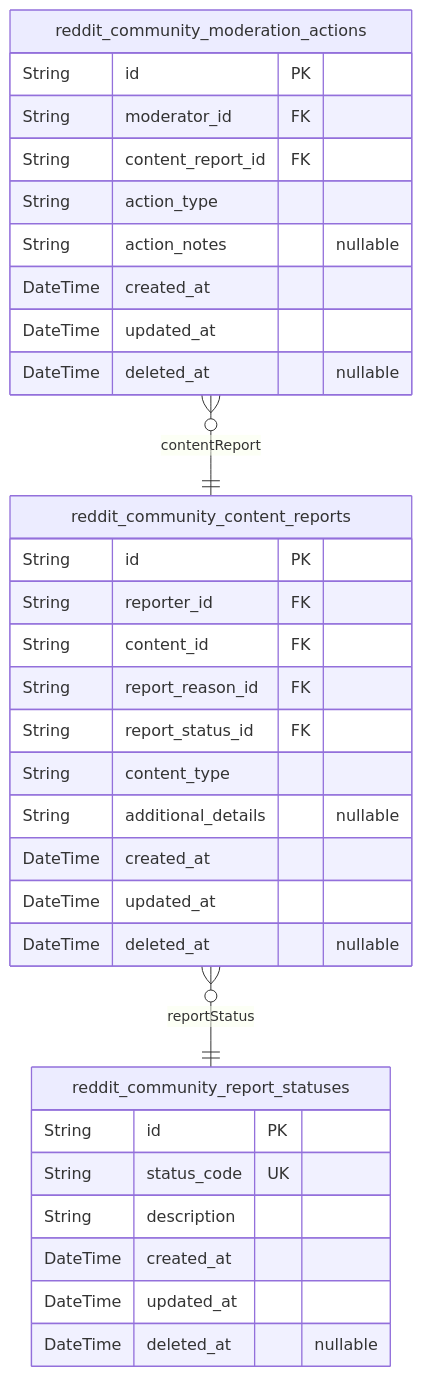
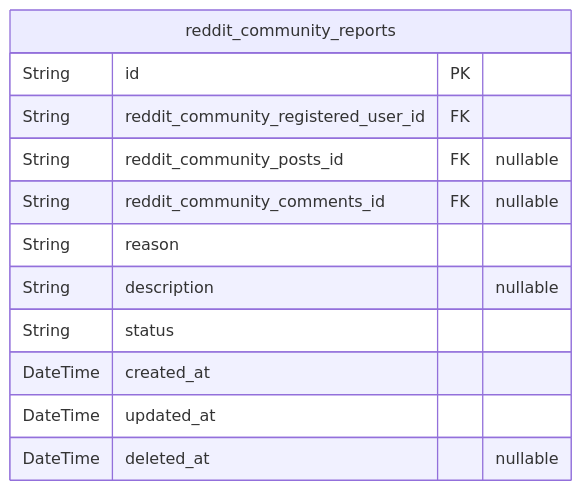
The ninth of 9 diagrams in openai/gpt-4.1-mini/reddit/docs/ERD.md (wrtnlabs/autobe-examples), drawn with Mermaid before and after one commit. The commit also changed other lines of this file and 22498 other files, not shown here.

````diff
--- a/openai/gpt-4.1-mini/reddit/docs/ERD.md
+++ b/openai/gpt-4.1-mini/reddit/docs/ERD.md
@@ -550,35 +628,15 @@
 ```mermaid
 erDiagram
-"reddit_community_content_reports" {
+"reddit_community_reports" {
   String id PK
-  String reporter_id FK
-  String content_id FK
-  String report_reason_id FK
-  String report_status_id FK
-  String content_type
-  String additional_details "nullable"
+  String reddit_community_registered_user_id FK
+  String reddit_community_posts_id FK "nullable"
+  String reddit_community_comments_id FK "nullable"
+  String reason
+  String description "nullable"
+  String status
   DateTime created_at
   DateTime updated_at
   DateTime deleted_at "nullable"
 }
-"reddit_community_report_statuses" {
-  String id PK
-  String status_code UK
-  String description
-  DateTime created_at
-  DateTime updated_at
-  DateTime deleted_at "nullable"
-}
-"reddit_community_moderation_actions" {
-  String id PK
-  String moderator_id FK
-  String content_report_id FK
-  String action_type
-  String action_notes "nullable"
-  DateTime created_at
-  DateTime updated_at
-  DateTime deleted_at "nullable"
-}
-"reddit_community_content_reports" }o--|| "reddit_community_report_statuses" : reportStatus
-"reddit_community_moderation_actions" }o--|| "reddit_community_content_reports" : contentReport
 ```
````
